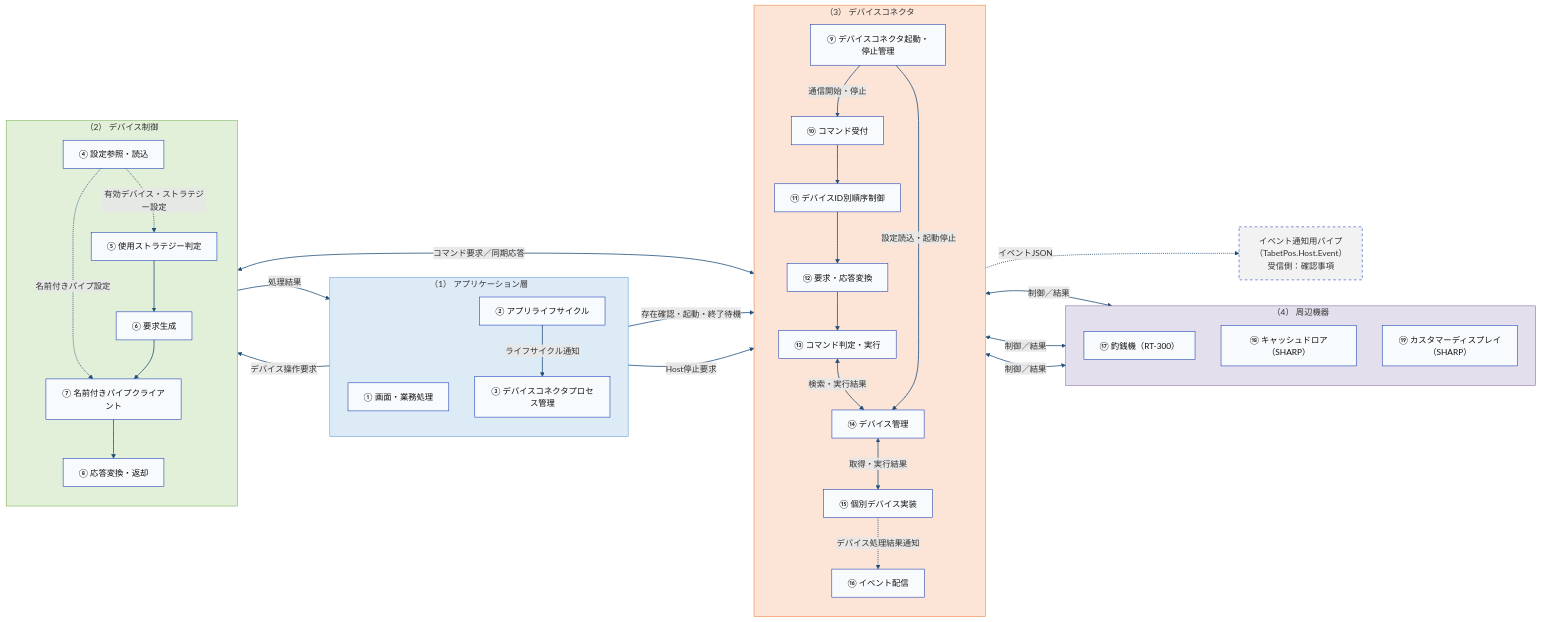
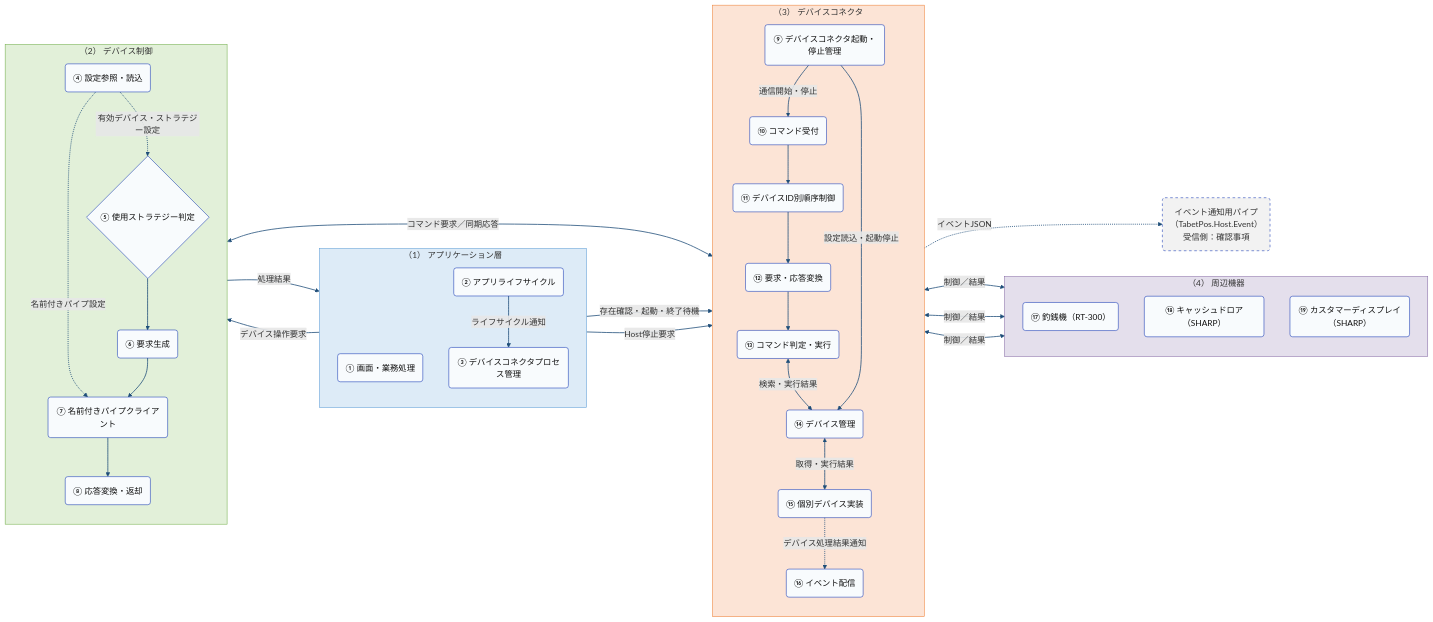
Before and after one commit to vti-sam/smj-ks-pos-stored: the first of 3 diagrams in artifacts/reports/architecture/ARCH-HOST-01_タブレットPOS_デバイスコネクタ基本設計書/ARCH-HOST-01_タブレットPOS_デバイスコネクタ基本設計書.md, drawn with Mermaid. The commit also changed other lines of this file and 1 other file, not shown here.

````diff
--- a/artifacts/reports/architecture/ARCH-HOST-01_タブレットPOS_デバイスコネクタ基本設計書/ARCH-HOST-01_タブレットPOS_デバイスコネクタ基本設計書.md
+++ b/artifacts/reports/architecture/ARCH-HOST-01_タブレットPOS_デバイスコネクタ基本設計書/ARCH-HOST-01_タブレットPOS_デバイスコネクタ基本設計書.md
@@ -144,78 +146,78 @@
 ```mermaid
 flowchart LR
     subgraph APP["（1） アプリケーション層"]
         direction TB
-        Business["① 画面・業務処理"]
-        Lifecycle["② アプリライフサイクル"]
-        HostManager["③ デバイスコネクタプロセス管理"]
+        Business("① 画面・業務処理")
+        Lifecycle("② アプリライフサイクル")
+        HostManager("③ デバイスコネクタプロセス管理")
 
         Lifecycle -->|ライフサイクル通知| HostManager
     end
 
     subgraph CTRL["（2） デバイス制御"]
         direction TB
-        Config["④ 設定参照・読込"]
-        Strategy["⑤ 使用ストラテジー判定"]
-        Request["⑥ 要求生成"]
-        Client["⑦ 名前付きパイプクライアント"]
-        Result["⑧ 応答変換・返却"]
+        Config("④ 設定参照・読込")
+        Strategy{"⑤ 使用ストラテジー判定"}
+        Request("⑥ 要求生成")
+        Client("⑦ 名前付きパイプクライアント")
+        Result("⑧ 応答変換・返却")
 
         Config -.->|有効デバイス・ストラテジー設定| Strategy
         Config -.->|名前付きパイプ設定| Client
         Strategy --> Request --> Client --> Result
     end
 
     subgraph HOST["（3） デバイスコネクタ"]
         direction TB
-        HostControl["⑨ デバイスコネクタ起動・停止管理"]
-        Server["⑩ コマンド受付"]
-        Router["⑪ デバイスID別順序制御"]
-        Mapper["⑫ 要求・応答変換"]
-        Handler["⑬ コマンド判定・実行"]
-        Manager["⑭ デバイス管理"]
-        Impl["⑮ 個別デバイス実装"]
-        Publisher["⑯ イベント配信"]
+        HostControl("⑨ デバイスコネクタ起動・停止管理")
+        Server("⑩ コマンド受付")
+        Router("⑪ デバイスID別順序制御")
+        Mapper("⑫ 要求・応答変換")
+        Handler("⑬ コマンド判定・実行")
+        Manager("⑭ デバイス管理")
+        Impl("⑮ 個別デバイス実装")
+        Publisher("⑯ イベント配信")
 
         Server --> Router --> Mapper --> Handler
         Handler <-->|検索・実行結果| Manager
         Manager <-->|取得・実行結果| Impl
         Impl -.->|デバイス処理結果通知| Publisher
     end
 
     subgraph DEVICE["（4） 周辺機器"]
         direction TB
-        CashChanger["⑰ 釣銭機（RT-300）"]
-        CashDrawer["⑱ キャッシュドロア（SHARP）"]
-        CustomerDisplay["⑲ カスタマーディスプレイ（SHARP）"]
+        CashChanger("⑰ 釣銭機（RT-300）")
+        CashDrawer("⑱ キャッシュドロア（SHARP）")
+        CustomerDisplay("⑲ カスタマーディスプレイ（SHARP）")
     end
 
-    EventPipe["イベント通知用パイプ<br/>（TabetPos.Host.Event）<br/>受信側：確認事項"]
+    EventPipe("イベント通知用パイプ<br/>（TabetPos.Host.Event）<br/>受信側：確認事項")
 
     %% デバイス操作要求の主経路
     Business -->|デバイス操作要求| Strategy
     Client <-->|コマンド要求／同期応答| Server
     Result -->|処理結果| Business
 
     %% Hostプロセスのライフサイクル
     HostManager -->|存在確認・起動・終了待機| HostControl
     HostManager -->|Host停止要求| Server
     HostControl -->|通信開始・停止| Server
     HostControl -->|設定読込・起動停止| Manager
 
     %% 実機制御
     Impl <-->|制御／結果| CashChanger
     Impl <-->|制御／結果| CashDrawer
     Impl <-->|制御／結果| CustomerDisplay
 
     %% 非同期イベント
     Publisher -.->|イベントJSON| EventPipe
 
     classDef component fill:#F8FBFD,stroke:#0D32B2,color:#111111
     class Business,Lifecycle,HostManager,Config,Strategy,Request,Client,Result,HostControl,Server,Router,Mapper,Handler,Manager,Impl,Publisher,CashChanger,CashDrawer,CustomerDisplay component
     style APP fill:#DDEBF7,stroke:#5B9BD5
     style CTRL fill:#E2F0D9,stroke:#70AD47
     style HOST fill:#FCE4D6,stroke:#ED7D31
     style DEVICE fill:#E4DFEC,stroke:#8064A2
     style EventPipe fill:#F2F2F2,stroke:#0D32B2,stroke-dasharray:5 5
     linkStyle default stroke:#1F4E79,stroke-width:1.5px
 ```
````
